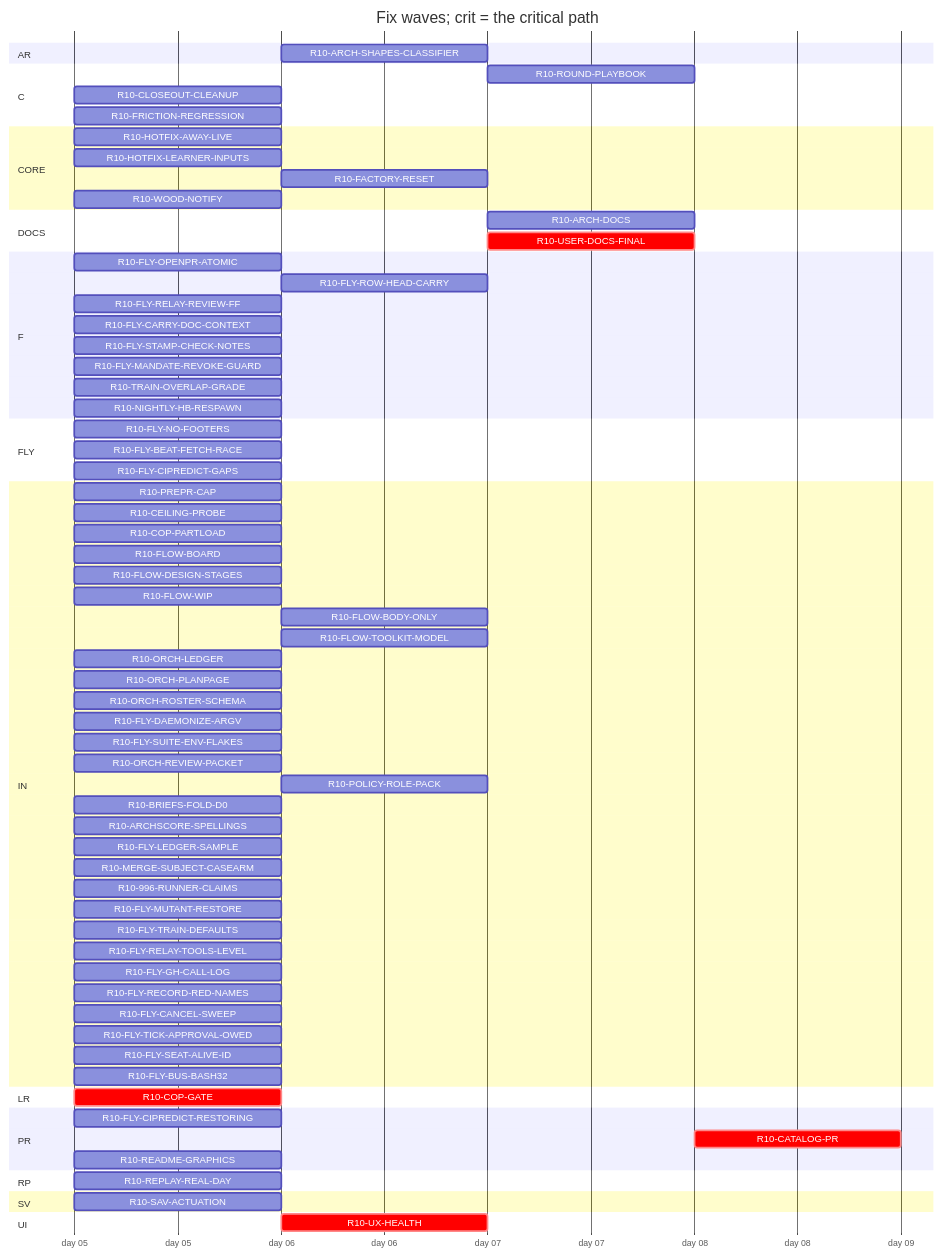
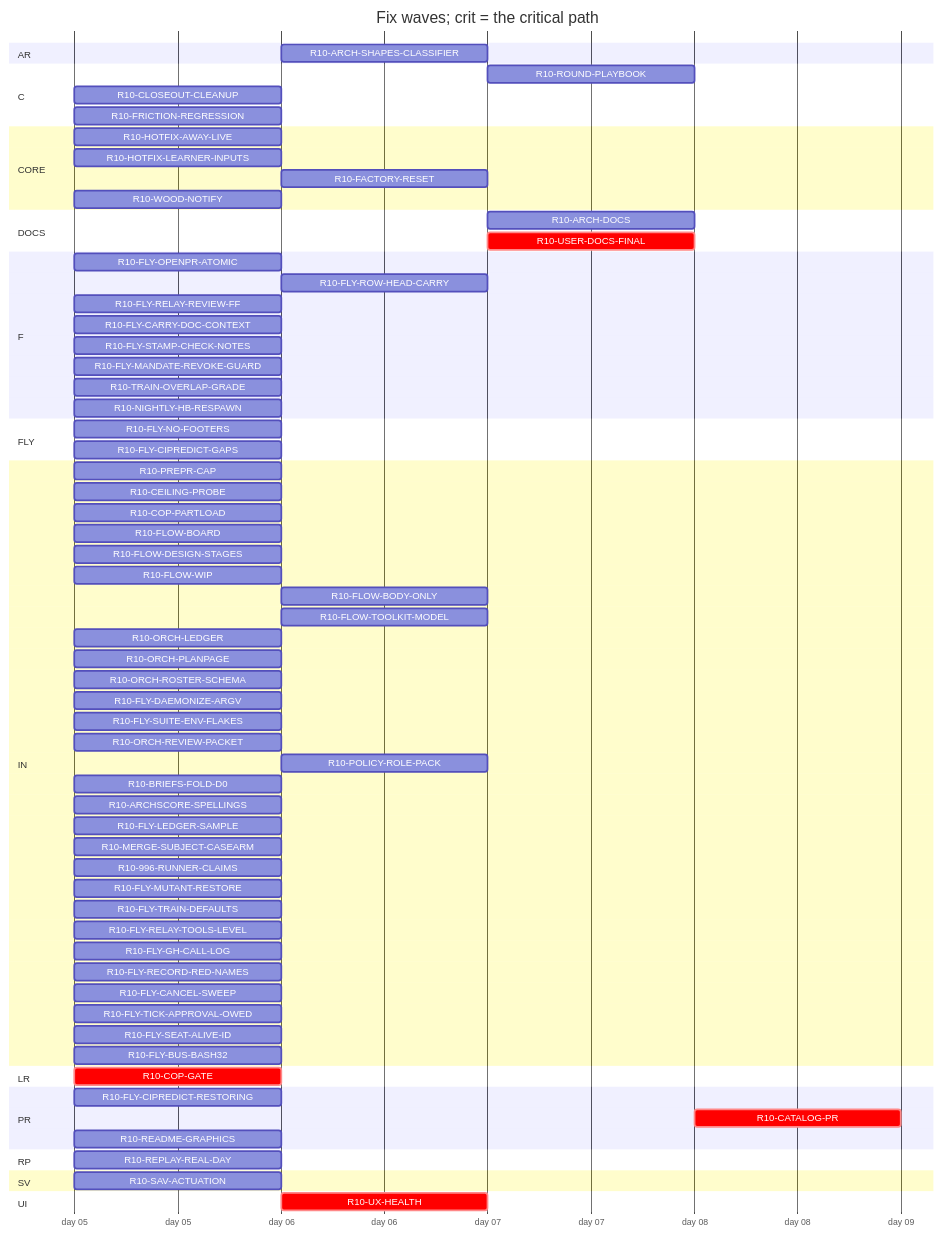
One commit to tvofi/heatpump_optimizer changed the diagram in handoff/round10/state/PLAN-TABLE.md. Above: the diagram before and after it, drawn with Mermaid. The commit also changed other lines of this file and 3 other files, not shown here.

Commit message:
state: FLOW-BOARD.md, NEXT-SESSION-PROMPT.md, PLAN-TABLE.md, RESUME-CURRENT.md regenerated (state_docs.py)

````diff
--- a/handoff/round10/state/PLAN-TABLE.md
+++ b/handoff/round10/state/PLAN-TABLE.md
@@ -25,75 +25,74 @@
 ```mermaid
 gantt
   title Fix waves; crit = the critical path
   dateFormat YYYY-MM-DD
   axisFormat day %d
   section AR
     R10-ARCH-SHAPES-CLASSIFIER :r10ARCHSHAPESCLASSIFIER, after r10996RUNNERCLAIMS, 1d
   section C
     R10-ROUND-PLAYBOOK :r10ROUNDPLAYBOOK, after r10ORCHLEDGER r10ORCHPLANPAGE r10FLYRELAYREVIEWFF r10FLOWBODYONLY, 1d
     R10-CLOSEOUT-CLEANUP :r10CLOSEOUTCLEANUP, 2026-01-05, 1d
     R10-FRICTION-REGRESSION :r10FRICTIONREGRESSION, 2026-01-05, 1d
   section CORE
     R10-HOTFIX-AWAY-LIVE :r10HOTFIXAWAYLIVE, 2026-01-05, 1d
     R10-HOTFIX-LEARNER-INPUTS :r10HOTFIXLEARNERINPUTS, 2026-01-05, 1d
     R10-FACTORY-RESET :r10FACTORYRESET, after r10HOTFIXLEARNERINPUTS, 1d
     R10-WOOD-NOTIFY :r10WOODNOTIFY, 2026-01-05, 1d
   section DOCS
     R10-ARCH-DOCS :r10ARCHDOCS, after r10COPGATE r10UXHEALTH r10CEILINGPROBE r10COPPARTLOAD r10FLOWBOARD r10FLOWDESIGNSTAGES r10FLOWWIP r10FLOWBODYONLY r10FLYOPENPRATOMIC r10FLYROWHEADCARRY r10FLYRELAYREVIEWFF r10FLYCARRYDOCCONTEXT r10FLOWTOOLKITMODEL r10FLYSTAMPCHECKNOTES r10FLYMANDATEREVOKEGUARD r10TRAINOVERLAPGRADE r10NIGHTLYHBRESPAWN r10ORCHLEDGER r10ORCHPLANPAGE r10ORCHROSTERSCHEMA r10FLYDAEMONIZEARGV r10ORCHREVIEWPACKET r10POLICYROLEPACK r10BRIEFSFOLDD0 r10REPLAYREALDAY r10ARCHSCORESPELLINGS r10SAVACTUATION r10FLYLEDGERSAMPLE r10READMEGRAPHICS, 1d
     R10-USER-DOCS-FINAL :crit, r10USERDOCSFINAL, after r10COPGATE r10UXHEALTH r10CEILINGPROBE r10COPPARTLOAD r10FLOWBOARD r10FLOWDESIGNSTAGES r10FLOWWIP r10FLOWBODYONLY r10FLYOPENPRATOMIC r10FLYROWHEADCARRY r10FLYRELAYREVIEWFF r10FLYCARRYDOCCONTEXT r10FLOWTOOLKITMODEL r10FLYSTAMPCHECKNOTES r10FLYMANDATEREVOKEGUARD r10TRAINOVERLAPGRADE r10NIGHTLYHBRESPAWN r10ORCHLEDGER r10ORCHPLANPAGE r10ORCHROSTERSCHEMA r10FLYDAEMONIZEARGV r10ORCHREVIEWPACKET r10POLICYROLEPACK r10BRIEFSFOLDD0 r10REPLAYREALDAY r10ARCHSCORESPELLINGS r10SAVACTUATION r10FLYLEDGERSAMPLE r10READMEGRAPHICS r10HOTFIXAWAYLIVE r10HOTFIXLEARNERINPUTS r10FACTORYRESET r10WOODNOTIFY, 1d
   section F
     R10-FLY-OPENPR-ATOMIC :r10FLYOPENPRATOMIC, 2026-01-05, 1d
     R10-FLY-ROW-HEAD-CARRY :r10FLYROWHEADCARRY, after r10FLYOPENPRATOMIC, 1d
     R10-FLY-RELAY-REVIEW-FF :r10FLYRELAYREVIEWFF, 2026-01-05, 1d
     R10-FLY-CARRY-DOC-CONTEXT :r10FLYCARRYDOCCONTEXT, 2026-01-05, 1d
     R10-FLY-STAMP-CHECK-NOTES :r10FLYSTAMPCHECKNOTES, 2026-01-05, 1d
     R10-FLY-MANDATE-REVOKE-GUARD :r10FLYMANDATEREVOKEGUARD, 2026-01-05, 1d
     R10-TRAIN-OVERLAP-GRADE :r10TRAINOVERLAPGRADE, 2026-01-05, 1d
     R10-NIGHTLY-HB-RESPAWN :r10NIGHTLYHBRESPAWN, 2026-01-05, 1d
   section FLY
     R10-FLY-NO-FOOTERS :r10FLYNOFOOTERS, 2026-01-05, 1d
-    R10-FLY-BEAT-FETCH-RACE :r10FLYBEATFETCHRACE, 2026-01-05, 1d
     R10-FLY-CIPREDICT-GAPS :r10FLYCIPREDICTGAPS, 2026-01-05, 1d
   section IN
     R10-PREPR-CAP :r10PREPRCAP, 2026-01-05, 1d
     R10-CEILING-PROBE :r10CEILINGPROBE, 2026-01-05, 1d
     R10-COP-PARTLOAD :r10COPPARTLOAD, 2026-01-05, 1d
     R10-FLOW-BOARD :r10FLOWBOARD, 2026-01-05, 1d
     R10-FLOW-DESIGN-STAGES :r10FLOWDESIGNSTAGES, 2026-01-05, 1d
     R10-FLOW-WIP :r10FLOWWIP, 2026-01-05, 1d
     R10-FLOW-BODY-ONLY :r10FLOWBODYONLY, after r10FLYOPENPRATOMIC, 1d
     R10-FLOW-TOOLKIT-MODEL :r10FLOWTOOLKITMODEL, after r10ORCHPLANPAGE, 1d
     R10-ORCH-LEDGER :r10ORCHLEDGER, 2026-01-05, 1d
     R10-ORCH-PLANPAGE :r10ORCHPLANPAGE, 2026-01-05, 1d
     R10-ORCH-ROSTER-SCHEMA :r10ORCHROSTERSCHEMA, 2026-01-05, 1d
     R10-FLY-DAEMONIZE-ARGV :r10FLYDAEMONIZEARGV, 2026-01-05, 1d
     R10-FLY-SUITE-ENV-FLAKES :r10FLYSUITEENVFLAKES, 2026-01-05, 1d
     R10-ORCH-REVIEW-PACKET :r10ORCHREVIEWPACKET, 2026-01-05, 1d
     R10-POLICY-ROLE-PACK :r10POLICYROLEPACK, after r10FLOWDESIGNSTAGES, 1d
     R10-BRIEFS-FOLD-D0 :r10BRIEFSFOLDD0, 2026-01-05, 1d
     R10-ARCHSCORE-SPELLINGS :r10ARCHSCORESPELLINGS, 2026-01-05, 1d
     R10-FLY-LEDGER-SAMPLE :r10FLYLEDGERSAMPLE, 2026-01-05, 1d
     R10-MERGE-SUBJECT-CASEARM :r10MERGESUBJECTCASEARM, 2026-01-05, 1d
     R10-996-RUNNER-CLAIMS :r10996RUNNERCLAIMS, 2026-01-05, 1d
     R10-FLY-MUTANT-RESTORE :r10FLYMUTANTRESTORE, 2026-01-05, 1d
     R10-FLY-TRAIN-DEFAULTS :r10FLYTRAINDEFAULTS, 2026-01-05, 1d
     R10-FLY-RELAY-TOOLS-LEVEL :r10FLYRELAYTOOLSLEVEL, 2026-01-05, 1d
     R10-FLY-GH-CALL-LOG :r10FLYGHCALLLOG, 2026-01-05, 1d
     R10-FLY-RECORD-RED-NAMES :r10FLYRECORDREDNAMES, 2026-01-05, 1d
     R10-FLY-CANCEL-SWEEP :r10FLYCANCELSWEEP, 2026-01-05, 1d
     R10-FLY-TICK-APPROVAL-OWED :r10FLYTICKAPPROVALOWED, 2026-01-05, 1d
     R10-FLY-SEAT-ALIVE-ID :r10FLYSEATALIVEID, 2026-01-05, 1d
     R10-FLY-BUS-BASH32 :r10FLYBUSBASH32, 2026-01-05, 1d
   section LR
     R10-COP-GATE :crit, r10COPGATE, 2026-01-05, 1d
   section PR
     R10-FLY-CIPREDICT-RESTORING :r10FLYCIPREDICTRESTORING, 2026-01-05, 1d
     R10-CATALOG-PR :crit, r10CATALOGPR, after r10READMEGRAPHICS r10USERDOCSFINAL, 1d
     R10-README-GRAPHICS :r10READMEGRAPHICS, 2026-01-05, 1d
   section RP
     R10-REPLAY-REAL-DAY :r10REPLAYREALDAY, 2026-01-05, 1d
   section SV
     R10-SAV-ACTUATION :r10SAVACTUATION, 2026-01-05, 1d
   section UI
     R10-UX-HEALTH :crit, r10UXHEALTH, after r10COPGATE, 1d
 ```
````
